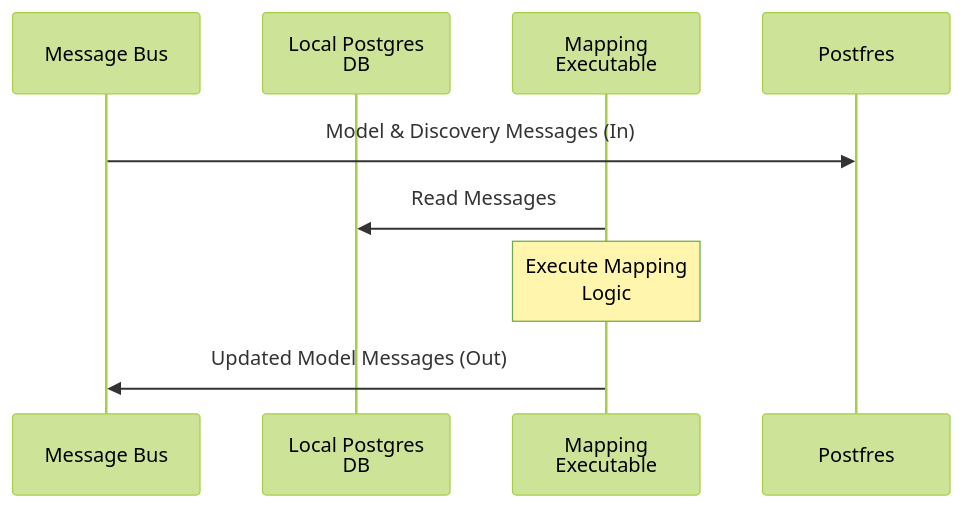
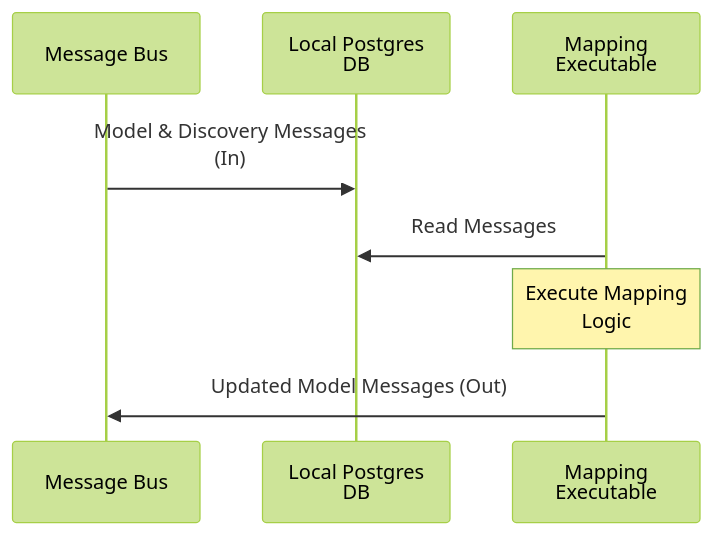
The second of 2 diagrams in docs/specs/mapping.md (faucetsdn/udmi), drawn with Mermaid (forest theme) before and after one commit. The commit also changed other lines of this file, not shown here.

Commit message:
Fixing diagram

````diff
--- a/docs/specs/mapping.md
+++ b/docs/specs/mapping.md
@@ -63,12 +63,12 @@
 ```mermaid
 sequenceDiagram
   %%{wrap}%%
   participant MessageBus as Message Bus
   participant Postgres as Local Postgres DB
   participant Logic as Mapping Executable
   
-  MessageBus->>Postfres: Model & Discovery Messages (In)
+  MessageBus->>Postgres: Model & Discovery Messages (In)
   Logic->>Postgres: Read Messages
   Note over Logic: Execute Mapping Logic
   Logic->>MessageBus: Updated Model Messages (Out)
 ```
````
